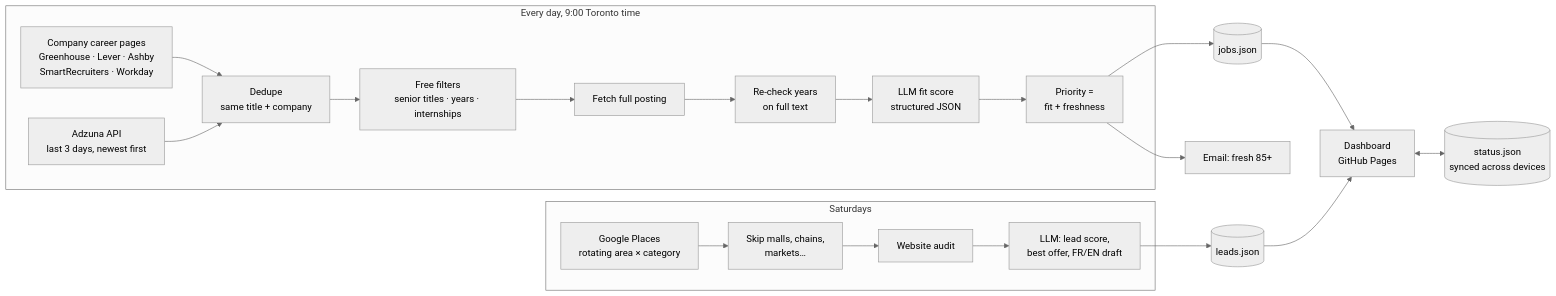
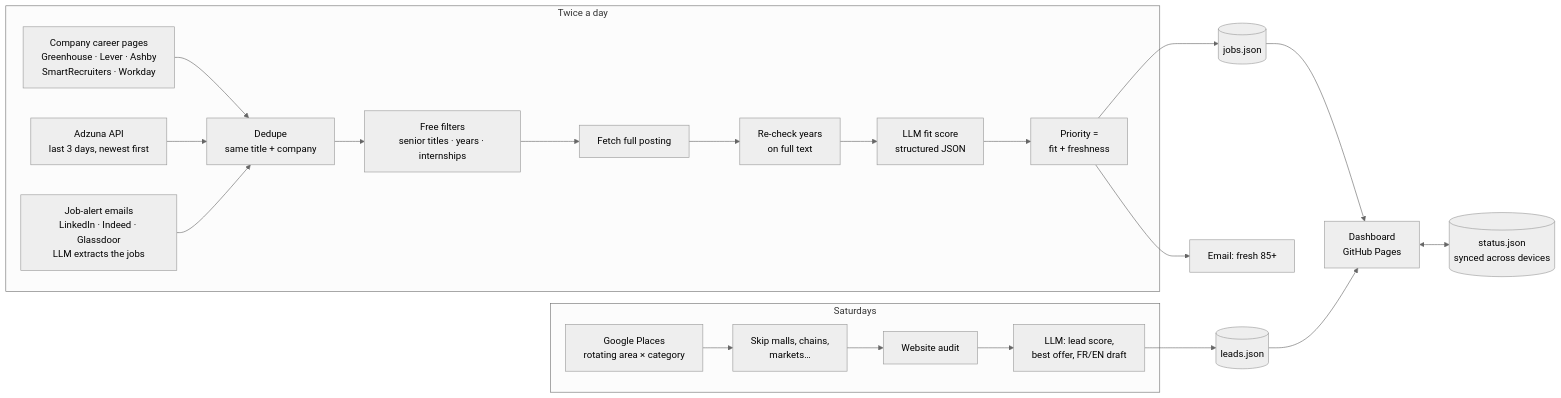
One commit to itsha24/lead-gen-bot changed the diagram in README.md. Above: the diagram before and after it, drawn with Mermaid (neutral theme). The commit also changed other lines of this file and 10 other files, not shown here.

First line of the commit message:
Job-alert emails as a source: Gmail Apps Script + LLM extraction

````diff
--- a/README.md
+++ b/README.md
@@ -20,23 +20,24 @@
 ```mermaid
 flowchart LR
-  subgraph Daily["Every day, 9:00 Toronto time"]
+  subgraph Daily["Twice a day"]
     A[Company career pages<br/>Greenhouse · Lever · Ashby<br/>SmartRecruiters · Workday] --> C
     B[Adzuna API<br/>last 3 days, newest first] --> C
+    B2[Job-alert emails<br/>LinkedIn · Indeed · Glassdoor<br/>LLM extracts the jobs] --> C
     C[Dedupe<br/>same title + company] --> D[Free filters<br/>senior titles · years · internships]
     D --> E[Fetch full posting]
     E --> F[Re-check years<br/>on full text]
     F --> G[LLM fit score<br/>structured JSON]
     G --> H[Priority =<br/>fit + freshness]
   end
   H --> I[(jobs.json)]
   H --> J[Email: fresh 85+]
   subgraph Weekly["Saturdays"]
     K[Google Places<br/>rotating area × category] --> L[Skip malls, chains,<br/>markets…]
     L --> M[Website audit]
     M --> N[LLM: lead score,<br/>best offer, FR/EN draft]
   end
   N --> O[(leads.json)]
   I --> P[Dashboard<br/>GitHub Pages]
   O --> P
   P <--> Q[(status.json<br/>synced across devices)]
 ```
````
